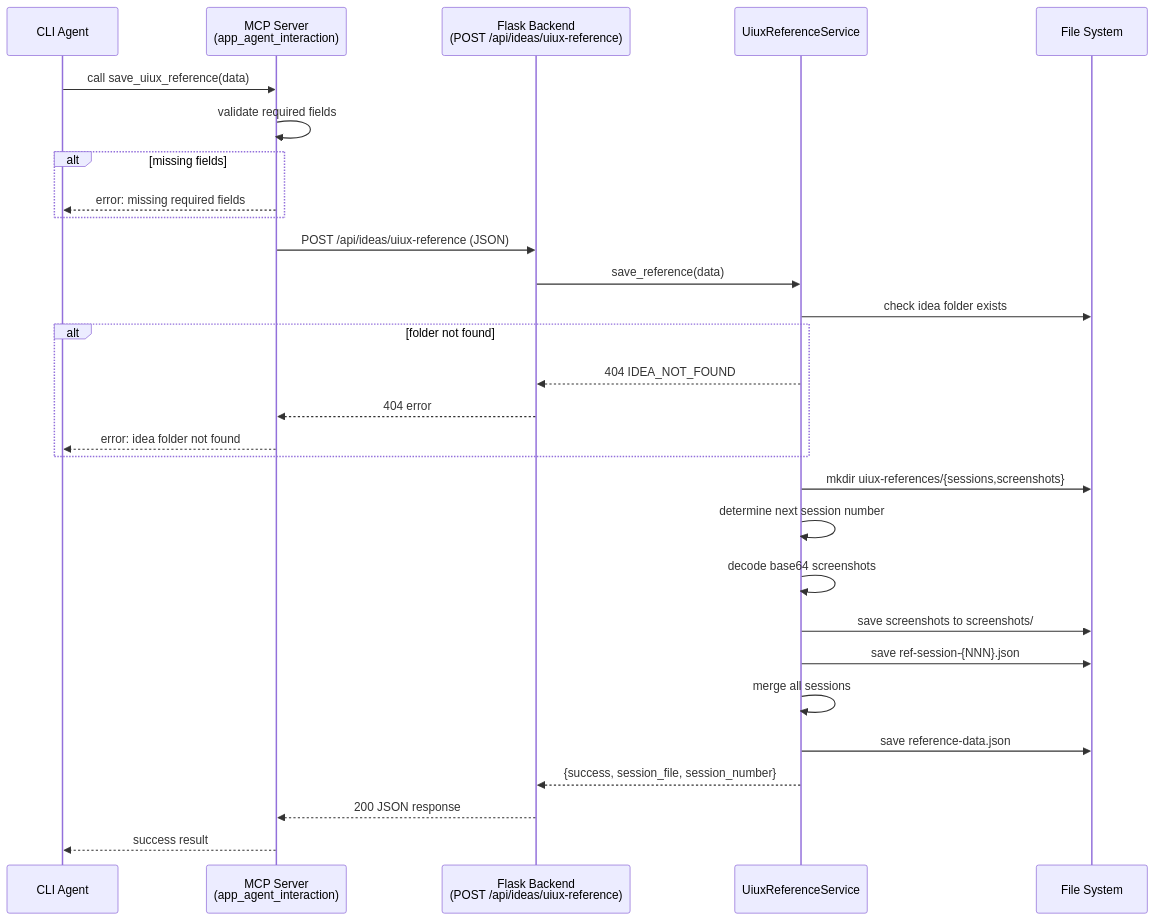
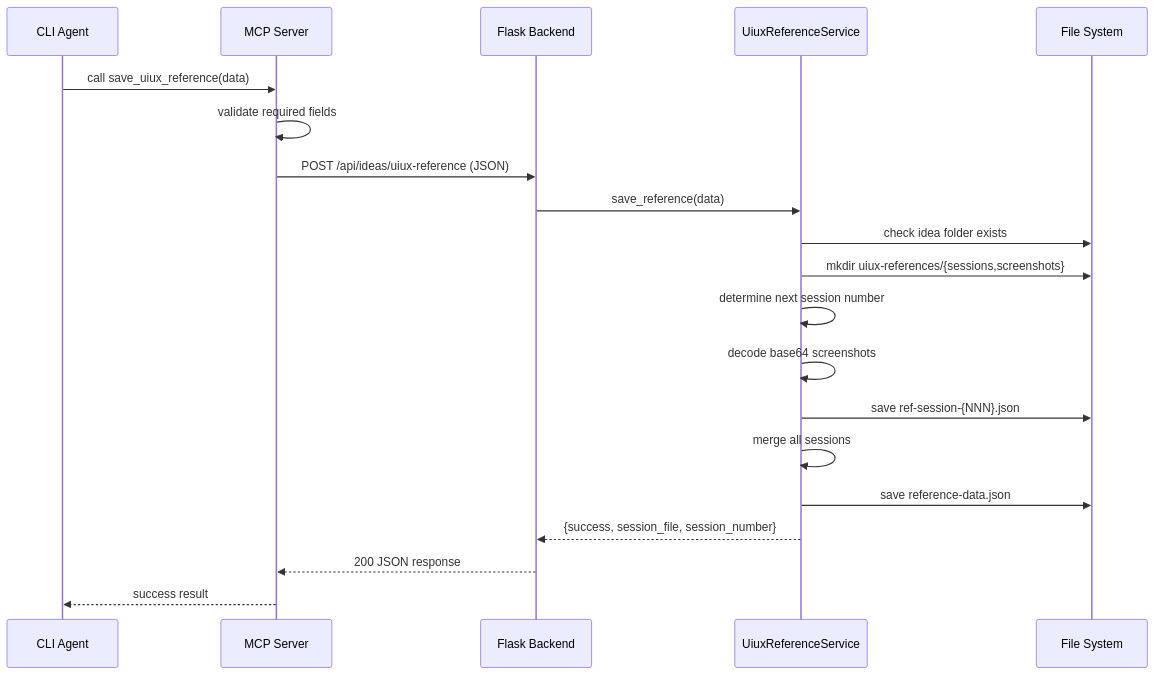
The first of 2 diagrams in x-ipe-docs/requirements/FEATURE-033/technical-design.md (Young-Z/X-IPE), drawn with Mermaid before and after one commit. The commit also changed other lines of this file and 54 other files, not shown here.

First line of the commit message:
refactor: UIUX reference toolbar, cleanup old references, update skills & docs

````diff
--- a/x-ipe-docs/requirements/FEATURE-033/technical-design.md
+++ b/x-ipe-docs/requirements/FEATURE-033/technical-design.md
@@ -99,32 +59,23 @@
 ```mermaid
 sequenceDiagram
     participant Agent as CLI Agent
-    participant MCP as MCP Server<br/>(app_agent_interaction)
-    participant Flask as Flask Backend<br/>(POST /api/ideas/uiux-reference)
+    participant MCP as MCP Server
+    participant Flask as Flask Backend
     participant Svc as UiuxReferenceService
     participant FS as File System
 
     Agent->>MCP: call save_uiux_reference(data)
     MCP->>MCP: validate required fields
-    alt missing fields
-        MCP-->>Agent: error: missing required fields
-    end
     MCP->>Flask: POST /api/ideas/uiux-reference (JSON)
     Flask->>Svc: save_reference(data)
     Svc->>FS: check idea folder exists
-    alt folder not found
-        Svc-->>Flask: 404 IDEA_NOT_FOUND
-        Flask-->>MCP: 404 error
-        MCP-->>Agent: error: idea folder not found
-    end
     Svc->>FS: mkdir uiux-references/{sessions,screenshots}
     Svc->>Svc: determine next session number
     Svc->>Svc: decode base64 screenshots
-    Svc->>FS: save screenshots to screenshots/
     Svc->>FS: save ref-session-{NNN}.json
     Svc->>Svc: merge all sessions
     Svc->>FS: save reference-data.json
     Svc-->>Flask: {success, session_file, session_number}
     Flask-->>MCP: 200 JSON response
     MCP-->>Agent: success result
 ```
````
